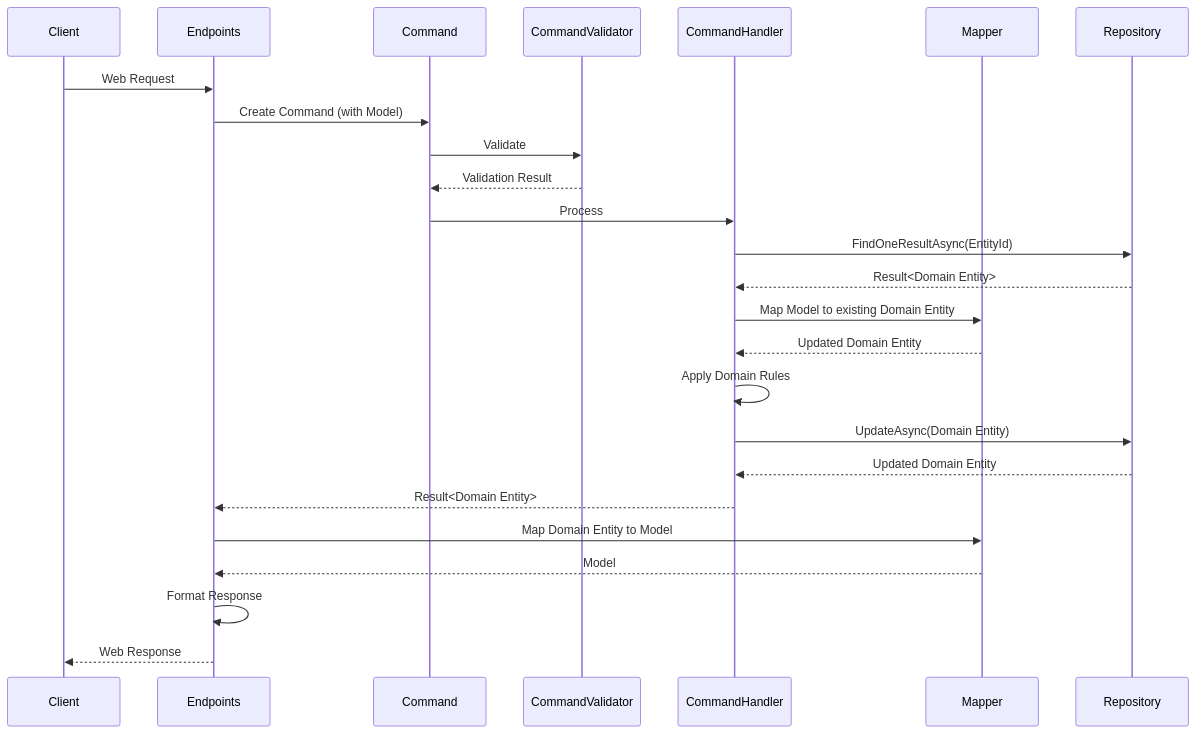
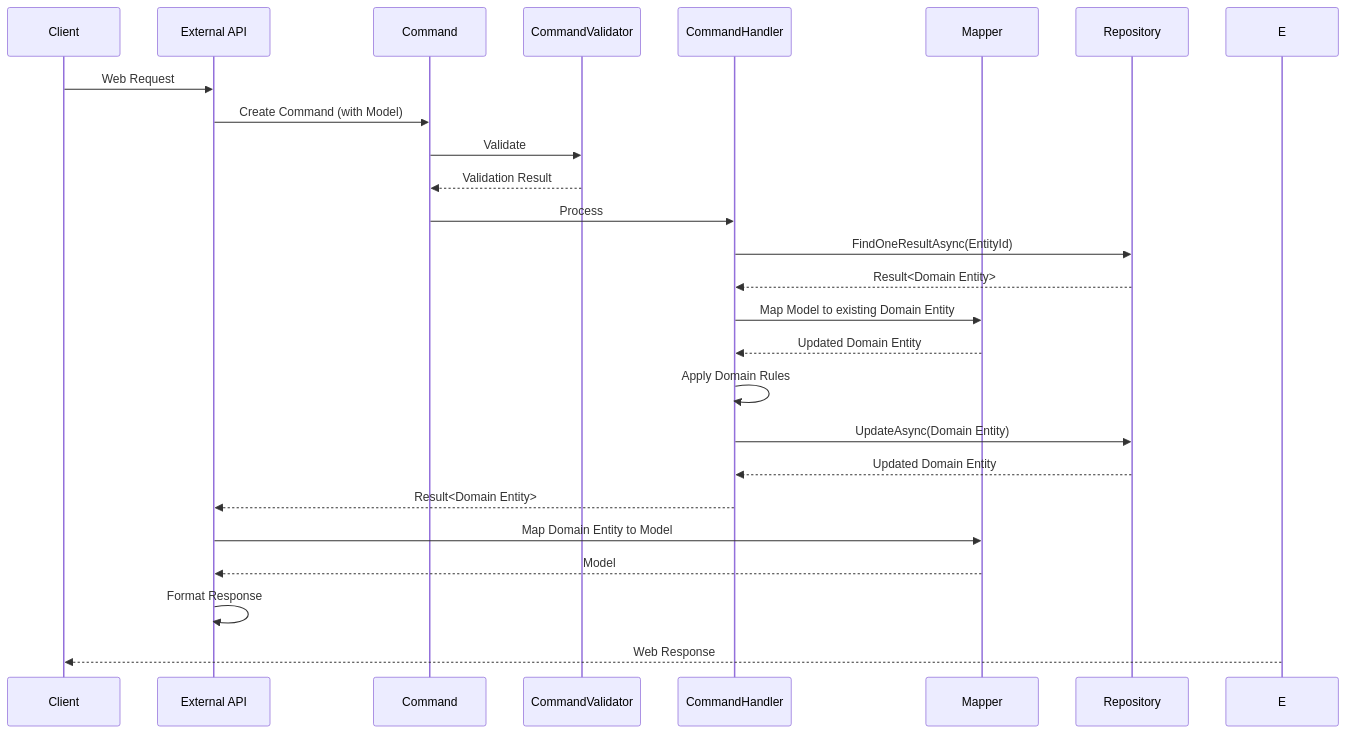
The third of 3 diagrams in README.md (BridgingIT-GmbH/bITdevKit.Examples.BookFiesta), drawn with Mermaid before and after one commit. The commit also changed other lines of this file, not shown here.

````diff
--- a/README.md
+++ b/README.md
@@ -125,28 +138,28 @@
 ```mermaid
 sequenceDiagram
     participant C as Client
-    participant E as Endpoints
+    participant EA as External API
     participant CM as Command
     participant CV as CommandValidator
     participant CH as CommandHandler
     participant M as Mapper
     participant R as Repository
 
-    C->>E: Web Request
-    E->>CM: Create Command (with Model)
+    C->>EA: Web Request
+    EA->>CM: Create Command (with Model)
     CM->>CV: Validate
     CV-->>CM: Validation Result
     CM->>CH: Process
     CH->>R: FindOneResultAsync(EntityId)
     R-->>CH: Result<Domain Entity>
     CH->>M: Map Model to existing Domain Entity
     M-->>CH: Updated Domain Entity
     CH->>CH: Apply Domain Rules
     CH->>R: UpdateAsync(Domain Entity)
     R-->>CH: Updated Domain Entity
-    CH-->>E: Result<Domain Entity>
-    E->>M: Map Domain Entity to Model
-    M-->>E: Model
-    E->>E: Format Response
+    CH-->>EA: Result<Domain Entity>
+    EA->>M: Map Domain Entity to Model
+    M-->>EA: Model
+    EA->>EA: Format Response
     E-->>C: Web Response
 ```
````
